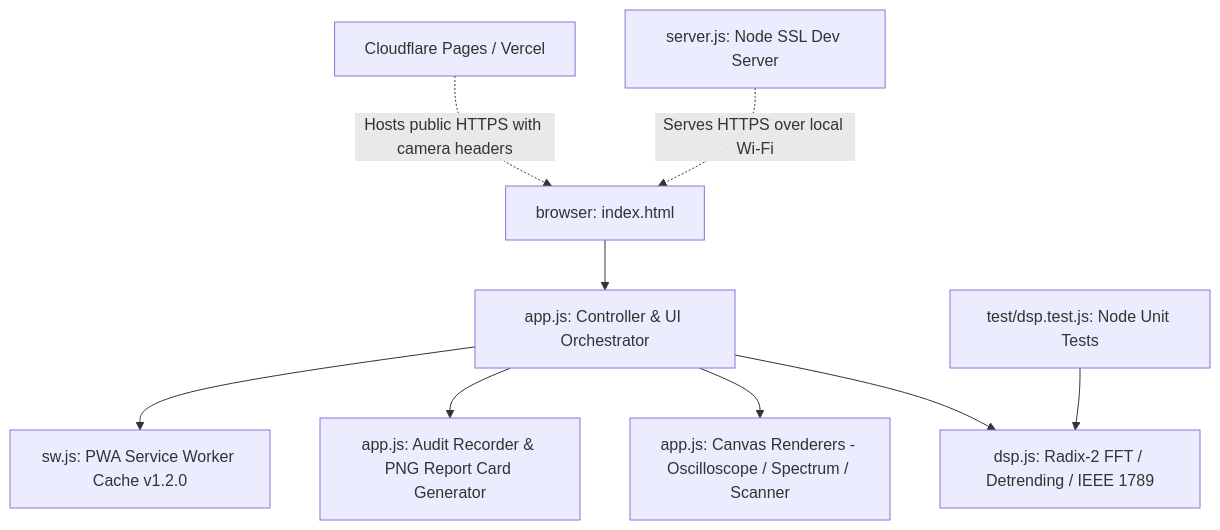
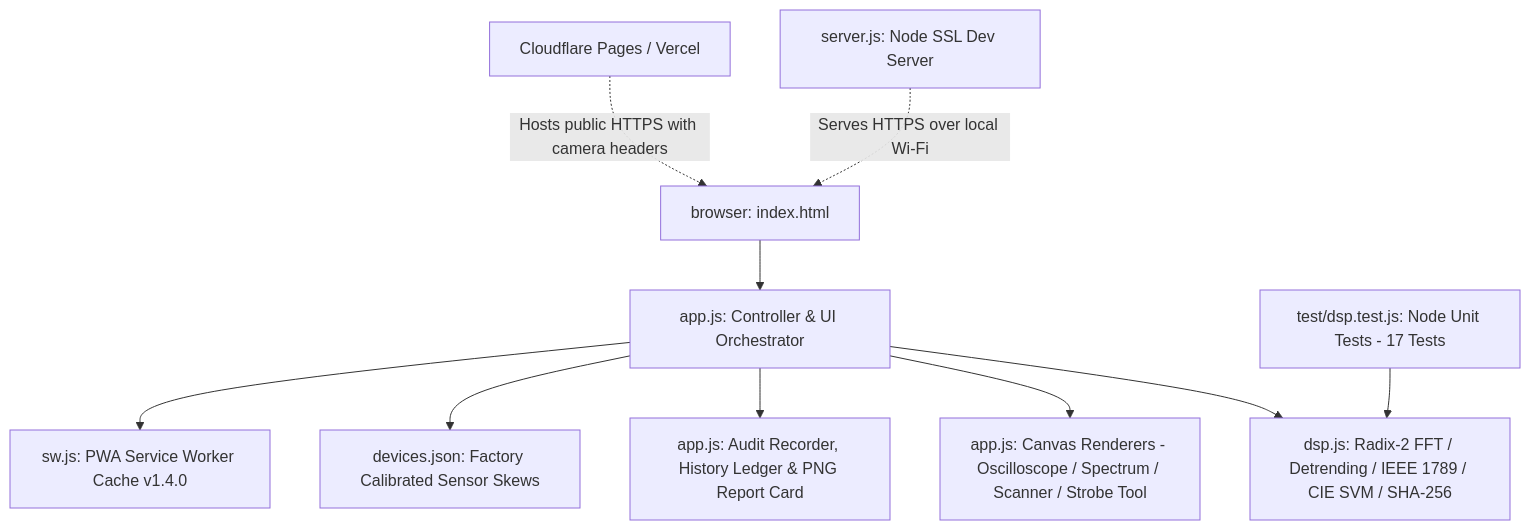
One commit to tonym128/flash_light changed the diagram in AGENT.md. Above: the diagram before and after it, drawn with Mermaid. The commit also changed other lines of this file and 9 other files, not shown here.

Commit message:
Release v1.4.0: CIE SVM (EU Ecodesign), De-gamma Linearization, Factory Device Registry, Screen Strobe Tool, and SHA-256 Audit Verification

````diff
--- a/AGENT.md
+++ b/AGENT.md
@@ -11,11 +11,12 @@
 ```mermaid
 graph TD
     A[browser: index.html] --> B[app.js: Controller & UI Orchestrator]
-    B --> C[dsp.js: Radix-2 FFT / Detrending / IEEE 1789]
-    B --> D[app.js: Canvas Renderers - Oscilloscope / Spectrum / Scanner]
-    B --> E[app.js: Audit Recorder & PNG Report Card Generator]
-    B --> F[sw.js: PWA Service Worker Cache v1.2.0]
-    G[test/dsp.test.js: Node Unit Tests] --> C
-    H[server.js: Node SSL Dev Server] -.->|Serves HTTPS over local Wi-Fi| A
-    I[Cloudflare Pages / Vercel] -.->|Hosts public HTTPS with camera headers| A
+    B --> C[dsp.js: Radix-2 FFT / Detrending / IEEE 1789 / CIE SVM / SHA-256]
+    B --> D[app.js: Canvas Renderers - Oscilloscope / Spectrum / Scanner / Strobe Tool]
+    B --> E[app.js: Audit Recorder, History Ledger & PNG Report Card]
+    B --> F[devices.json: Factory Calibrated Sensor Skews]
+    B --> G[sw.js: PWA Service Worker Cache v1.4.0]
+    H[test/dsp.test.js: Node Unit Tests - 17 Tests] --> C
+    I[server.js: Node SSL Dev Server] -.->|Serves HTTPS over local Wi-Fi| A
+    J[Cloudflare Pages / Vercel] -.->|Hosts public HTTPS with camera headers| A
 ```
````
